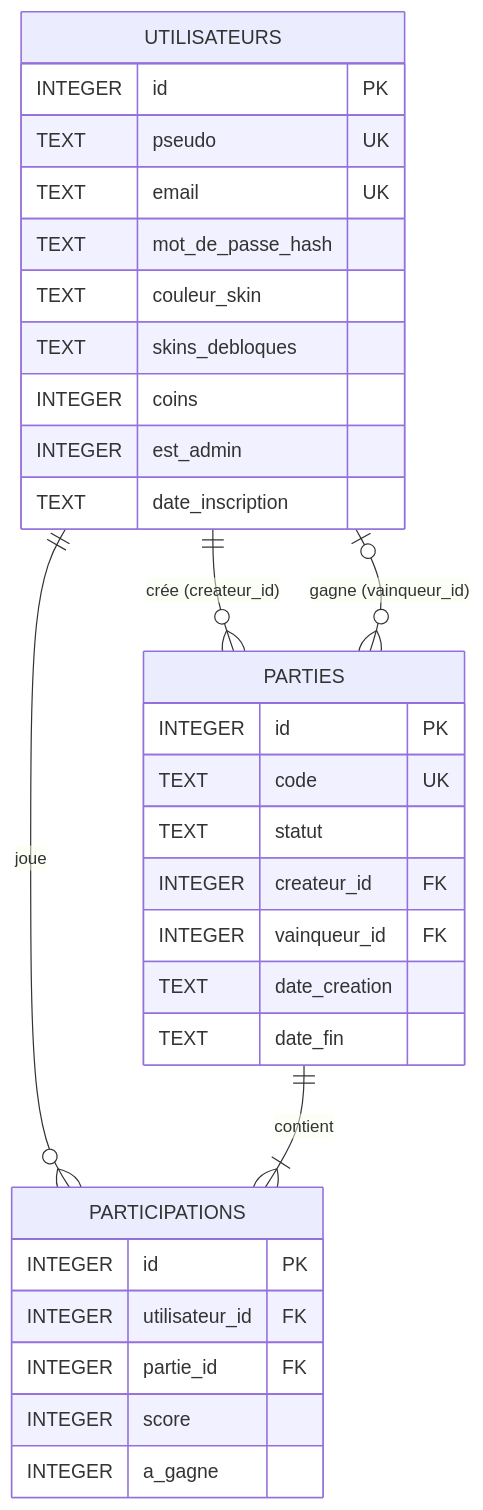
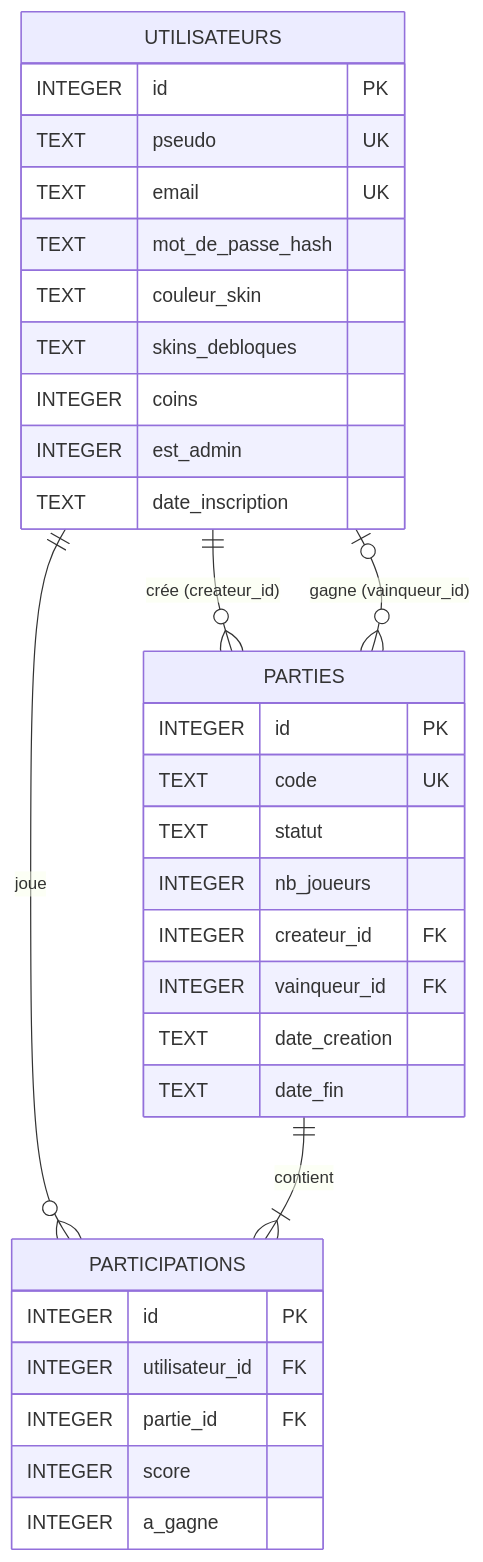
Before and after one commit to Dontbyshai/Serpentix: the diagram in docs/schema.md, drawn with Mermaid. The commit also changed other lines of this file and 5 other files, not shown here.

````diff
--- a/docs/schema.md
+++ b/docs/schema.md
@@ -8,37 +8,38 @@
 ```mermaid
 erDiagram
     UTILISATEURS ||--o{ PARTIES : "crée (createur_id)"
     UTILISATEURS |o--o{ PARTIES : "gagne (vainqueur_id)"
     UTILISATEURS ||--o{ PARTICIPATIONS : joue
     PARTIES ||--|{ PARTICIPATIONS : contient
 
     UTILISATEURS {
         INTEGER id PK
         TEXT pseudo UK
         TEXT email UK
         TEXT mot_de_passe_hash
         TEXT couleur_skin
         TEXT skins_debloques
         INTEGER coins
         INTEGER est_admin
         TEXT date_inscription
     }
 
     PARTIES {
         INTEGER id PK
         TEXT code UK
         TEXT statut
+        INTEGER nb_joueurs
         INTEGER createur_id FK
         INTEGER vainqueur_id FK
         TEXT date_creation
         TEXT date_fin
     }
 
     PARTICIPATIONS {
         INTEGER id PK
         INTEGER utilisateur_id FK
         INTEGER partie_id FK
         INTEGER score
         INTEGER a_gagne
     }
 ```
````
